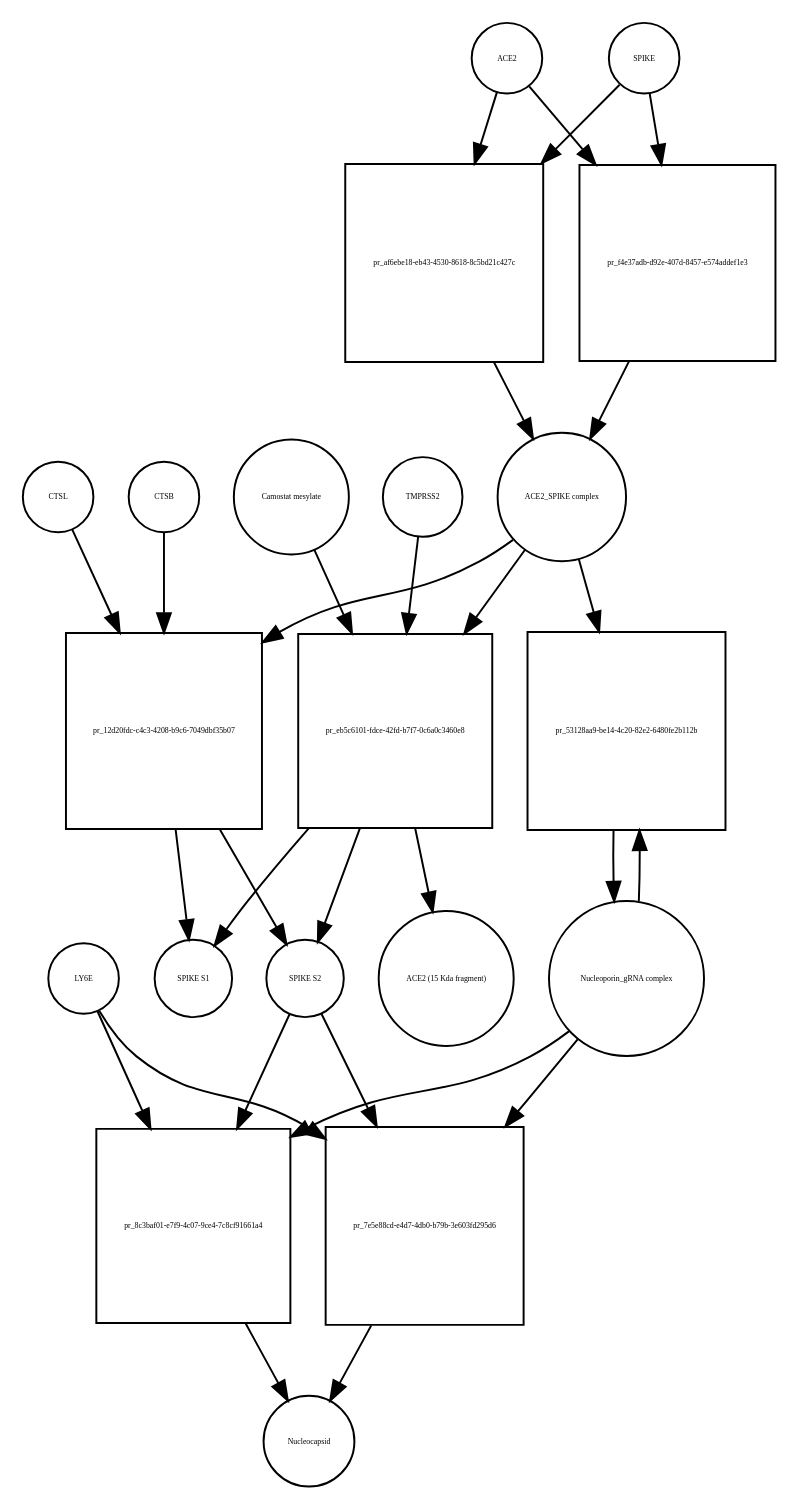
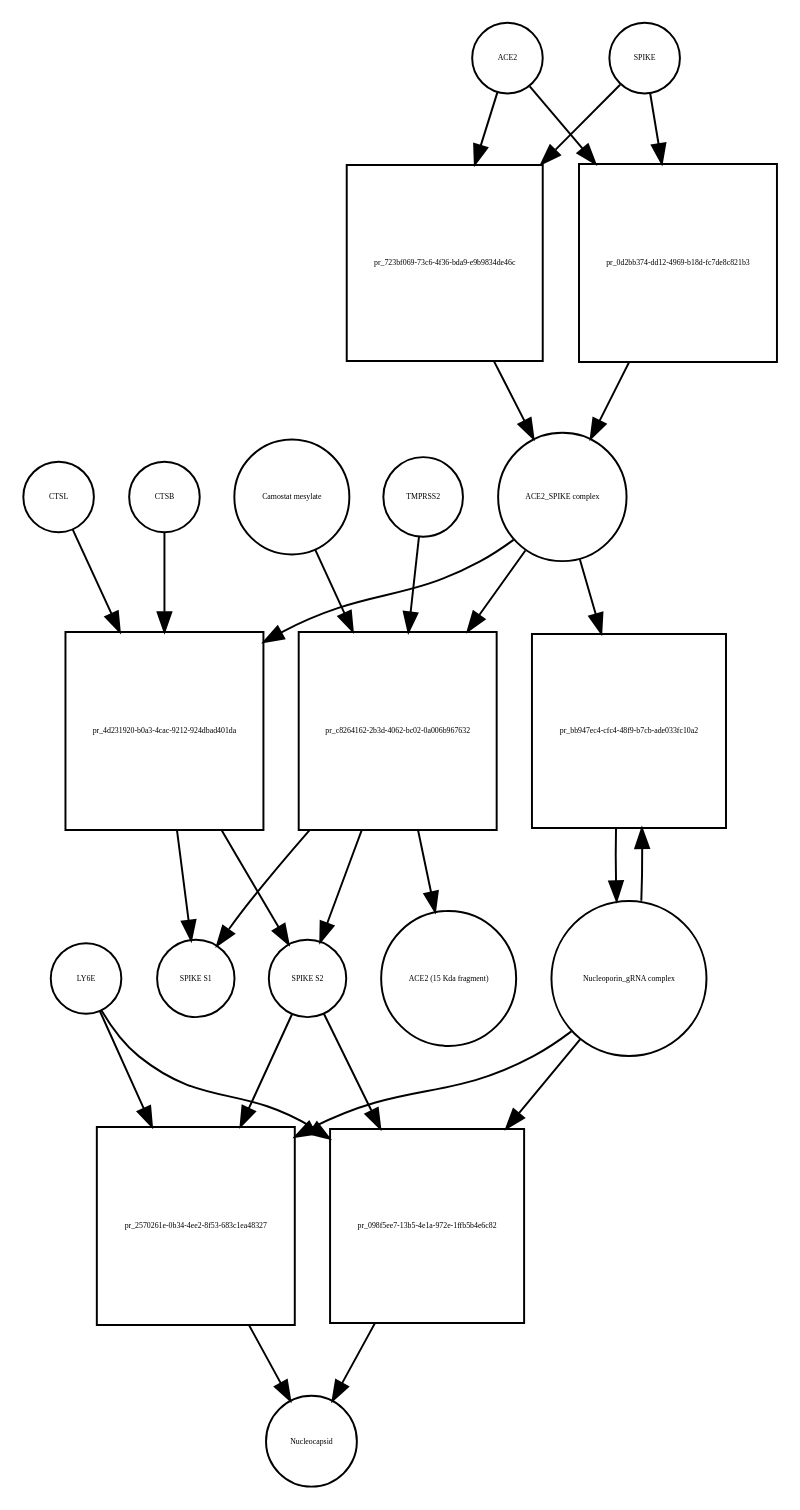
Before and after one commit to cannin/covid19-sbgn: the diagram in Virus_replication_cycle_V01.xml_bipartite.dot, drawn with Graphviz. The commit also changed 572 other files, not shown here.

```diff
--- a/Virus_replication_cycle_V01.xml_bipartite.dot
+++ b/Virus_replication_cycle_V01.xml_bipartite.dot
@@ -1,50 +1,50 @@
 strict digraph  {
 ACE2 [annotation="", bipartite=0, cls=macromolecule, fontsize=4, label=ACE2, shape=circle];
-"pr_af6ebe18-eb43-4530-8618-8c5bd21c427c" [annotation="", bipartite=1, cls=process, fontsize=4, label="pr_af6ebe18-eb43-4530-8618-8c5bd21c427c", shape=square];
+"pr_723bf069-73c6-4f36-bda9-e9b9834de46c" [annotation="", bipartite=1, cls=process, fontsize=4, label="pr_723bf069-73c6-4f36-bda9-e9b9834de46c", shape=square];
 "ACE2_SPIKE complex" [annotation="", bipartite=0, cls=complex, fontsize=4, label="ACE2_SPIKE complex", shape=circle];
 SPIKE [annotation="", bipartite=0, cls="macromolecule multimer", fontsize=4, label=SPIKE, shape=circle];
 "Nucleoporin_gRNA complex " [annotation="", bipartite=0, cls=complex, fontsize=4, label="Nucleoporin_gRNA complex ", shape=circle];
-"pr_53128aa9-be14-4c20-82e2-6480fe2b112b" [annotation="", bipartite=1, cls=process, fontsize=4, label="pr_53128aa9-be14-4c20-82e2-6480fe2b112b", shape=square];
-"pr_12d20fdc-c4c3-4208-b9c6-7049dbf35b07" [annotation="", bipartite=1, cls=process, fontsize=4, label="pr_12d20fdc-c4c3-4208-b9c6-7049dbf35b07", shape=square];
+"pr_bb947ec4-cfc4-48f9-b7cb-ade033fc10a2" [annotation="", bipartite=1, cls=process, fontsize=4, label="pr_bb947ec4-cfc4-48f9-b7cb-ade033fc10a2", shape=square];
+"pr_4d231920-b0a3-4cac-9212-924dbad401da" [annotation="", bipartite=1, cls=process, fontsize=4, label="pr_4d231920-b0a3-4cac-9212-924dbad401da", shape=square];
 "SPIKE S2" [annotation="", bipartite=0, cls=macromolecule, fontsize=4, label="SPIKE S2", shape=circle];
 CTSB [annotation="", bipartite=0, cls=macromolecule, fontsize=4, label=CTSB, shape=circle];
 CTSL [annotation="", bipartite=0, cls=macromolecule, fontsize=4, label=CTSL, shape=circle];
 "SPIKE S1" [annotation="", bipartite=0, cls=macromolecule, fontsize=4, label="SPIKE S1", shape=circle];
-"pr_8c3baf01-e7f9-4c07-9ce4-7c8cf91661a4" [annotation="", bipartite=1, cls=process, fontsize=4, label="pr_8c3baf01-e7f9-4c07-9ce4-7c8cf91661a4", shape=square];
+"pr_2570261e-0b34-4ee2-8f53-683c1ea48327" [annotation="", bipartite=1, cls=process, fontsize=4, label="pr_2570261e-0b34-4ee2-8f53-683c1ea48327", shape=square];
 Nucleocapsid [annotation="", bipartite=0, cls=complex, fontsize=4, label=Nucleocapsid, shape=circle];
 LY6E [annotation="", bipartite=0, cls=macromolecule, fontsize=4, label=LY6E, shape=circle];
-"pr_eb5c6101-fdce-42fd-b7f7-0c6a0c3460e8" [annotation="", bipartite=1, cls=process, fontsize=4, label="pr_eb5c6101-fdce-42fd-b7f7-0c6a0c3460e8", shape=square];
+"pr_c8264162-2b3d-4062-bc02-0a006b967632" [annotation="", bipartite=1, cls=process, fontsize=4, label="pr_c8264162-2b3d-4062-bc02-0a006b967632", shape=square];
 TMPRSS2 [annotation="", bipartite=0, cls=macromolecule, fontsize=4, label=TMPRSS2, shape=circle];
 "Camostat mesylate" [annotation="urn_miriam_pubchem.compound_2536", bipartite=0, cls="simple chemical", fontsize=4, label="Camostat mesylate", shape=circle];
 "ACE2 (15 Kda fragment)" [annotation="", bipartite=0, cls=macromolecule, fontsize=4, label="ACE2 (15 Kda fragment)", shape=circle];
-"pr_f4e37adb-d92e-407d-8457-e574addef1e3" [annotation="", bipartite=1, cls=process, fontsize=4, label="pr_f4e37adb-d92e-407d-8457-e574addef1e3", shape=square];
-"pr_7e5e88cd-e4d7-4db0-b79b-3e603fd295d6" [annotation="", bipartite=1, cls=process, fontsize=4, label="pr_7e5e88cd-e4d7-4db0-b79b-3e603fd295d6", shape=square];
-ACE2 -> "pr_af6ebe18-eb43-4530-8618-8c5bd21c427c"  [annotation="", interaction_type=consumption];
-ACE2 -> "pr_f4e37adb-d92e-407d-8457-e574addef1e3"  [annotation="", interaction_type=consumption];
-"pr_af6ebe18-eb43-4530-8618-8c5bd21c427c" -> "ACE2_SPIKE complex"  [annotation="", interaction_type=production];
-"ACE2_SPIKE complex" -> "pr_53128aa9-be14-4c20-82e2-6480fe2b112b"  [annotation="urn_miriam_pubmed_32142651|urn_miriam_pubmed_32094589", interaction_type=stimulation];
-"ACE2_SPIKE complex" -> "pr_12d20fdc-c4c3-4208-b9c6-7049dbf35b07"  [annotation="", interaction_type=consumption];
-"ACE2_SPIKE complex" -> "pr_eb5c6101-fdce-42fd-b7f7-0c6a0c3460e8"  [annotation="", interaction_type=consumption];
-SPIKE -> "pr_af6ebe18-eb43-4530-8618-8c5bd21c427c"  [annotation="", interaction_type=consumption];
-SPIKE -> "pr_f4e37adb-d92e-407d-8457-e574addef1e3"  [annotation="", interaction_type=consumption];
-"Nucleoporin_gRNA complex " -> "pr_53128aa9-be14-4c20-82e2-6480fe2b112b"  [annotation="", interaction_type=consumption];
-"Nucleoporin_gRNA complex " -> "pr_8c3baf01-e7f9-4c07-9ce4-7c8cf91661a4"  [annotation="", interaction_type=consumption];
-"Nucleoporin_gRNA complex " -> "pr_7e5e88cd-e4d7-4db0-b79b-3e603fd295d6"  [annotation="", interaction_type=consumption];
-"pr_53128aa9-be14-4c20-82e2-6480fe2b112b" -> "Nucleoporin_gRNA complex "  [annotation="", interaction_type=production];
-"pr_12d20fdc-c4c3-4208-b9c6-7049dbf35b07" -> "SPIKE S2"  [annotation="", interaction_type=production];
-"pr_12d20fdc-c4c3-4208-b9c6-7049dbf35b07" -> "SPIKE S1"  [annotation="", interaction_type=production];
-"SPIKE S2" -> "pr_8c3baf01-e7f9-4c07-9ce4-7c8cf91661a4"  [annotation="urn_miriam_doi_10.1101%2F2020.03.05.979260|urn_miriam_pubmed_32142651|urn_miriam_pubmed_32094589", interaction_type=stimulation];
-"SPIKE S2" -> "pr_7e5e88cd-e4d7-4db0-b79b-3e603fd295d6"  [annotation="urn_miriam_doi_10.1101%2F2020.03.05.979260", interaction_type=stimulation];
-CTSB -> "pr_12d20fdc-c4c3-4208-b9c6-7049dbf35b07"  [annotation=urn_miriam_pubmed_32142651, interaction_type=catalysis];
-CTSL -> "pr_12d20fdc-c4c3-4208-b9c6-7049dbf35b07"  [annotation=urn_miriam_pubmed_32142651, interaction_type=catalysis];
-"pr_8c3baf01-e7f9-4c07-9ce4-7c8cf91661a4" -> Nucleocapsid  [annotation="", interaction_type=production];
-LY6E -> "pr_8c3baf01-e7f9-4c07-9ce4-7c8cf91661a4"  [annotation="urn_miriam_doi_10.1101%2F2020.03.05.979260|urn_miriam_pubmed_32142651|urn_miriam_pubmed_32094589", interaction_type=inhibition];
-LY6E -> "pr_7e5e88cd-e4d7-4db0-b79b-3e603fd295d6"  [annotation="urn_miriam_doi_10.1101%2F2020.03.05.979260", interaction_type=inhibition];
-"pr_eb5c6101-fdce-42fd-b7f7-0c6a0c3460e8" -> "SPIKE S2"  [annotation="", interaction_type=production];
-"pr_eb5c6101-fdce-42fd-b7f7-0c6a0c3460e8" -> "SPIKE S1"  [annotation="", interaction_type=production];
-"pr_eb5c6101-fdce-42fd-b7f7-0c6a0c3460e8" -> "ACE2 (15 Kda fragment)"  [annotation="", interaction_type=production];
-TMPRSS2 -> "pr_eb5c6101-fdce-42fd-b7f7-0c6a0c3460e8"  [annotation="urn_miriam_pubmed_32142651|urn_miriam_pubmed_32094589|urn_miriam_pubmed_24227843", interaction_type=catalysis];
-"Camostat mesylate" -> "pr_eb5c6101-fdce-42fd-b7f7-0c6a0c3460e8"  [annotation="urn_miriam_pubmed_32142651|urn_miriam_pubmed_32094589|urn_miriam_pubmed_24227843", interaction_type=inhibition];
-"pr_f4e37adb-d92e-407d-8457-e574addef1e3" -> "ACE2_SPIKE complex"  [annotation="", interaction_type=production];
-"pr_7e5e88cd-e4d7-4db0-b79b-3e603fd295d6" -> Nucleocapsid  [annotation="", interaction_type=production];
+"pr_0d2bb374-dd12-4969-b18d-fc7de8c821b3" [annotation="", bipartite=1, cls=process, fontsize=4, label="pr_0d2bb374-dd12-4969-b18d-fc7de8c821b3", shape=square];
+"pr_098f5ee7-13b5-4e1a-972e-1ffb5b4e6c82" [annotation="", bipartite=1, cls=process, fontsize=4, label="pr_098f5ee7-13b5-4e1a-972e-1ffb5b4e6c82", shape=square];
+ACE2 -> "pr_723bf069-73c6-4f36-bda9-e9b9834de46c"  [annotation="", interaction_type=consumption];
+ACE2 -> "pr_0d2bb374-dd12-4969-b18d-fc7de8c821b3"  [annotation="", interaction_type=consumption];
+"pr_723bf069-73c6-4f36-bda9-e9b9834de46c" -> "ACE2_SPIKE complex"  [annotation="", interaction_type=production];
+"ACE2_SPIKE complex" -> "pr_bb947ec4-cfc4-48f9-b7cb-ade033fc10a2"  [annotation="urn_miriam_pubmed_32142651|urn_miriam_pubmed_32094589", interaction_type=stimulation];
+"ACE2_SPIKE complex" -> "pr_4d231920-b0a3-4cac-9212-924dbad401da"  [annotation="", interaction_type=consumption];
+"ACE2_SPIKE complex" -> "pr_c8264162-2b3d-4062-bc02-0a006b967632"  [annotation="", interaction_type=consumption];
+SPIKE -> "pr_723bf069-73c6-4f36-bda9-e9b9834de46c"  [annotation="", interaction_type=consumption];
+SPIKE -> "pr_0d2bb374-dd12-4969-b18d-fc7de8c821b3"  [annotation="", interaction_type=consumption];
+"Nucleoporin_gRNA complex " -> "pr_bb947ec4-cfc4-48f9-b7cb-ade033fc10a2"  [annotation="", interaction_type=consumption];
+"Nucleoporin_gRNA complex " -> "pr_2570261e-0b34-4ee2-8f53-683c1ea48327"  [annotation="", interaction_type=consumption];
+"Nucleoporin_gRNA complex " -> "pr_098f5ee7-13b5-4e1a-972e-1ffb5b4e6c82"  [annotation="", interaction_type=consumption];
+"pr_bb947ec4-cfc4-48f9-b7cb-ade033fc10a2" -> "Nucleoporin_gRNA complex "  [annotation="", interaction_type=production];
+"pr_4d231920-b0a3-4cac-9212-924dbad401da" -> "SPIKE S2"  [annotation="", interaction_type=production];
+"pr_4d231920-b0a3-4cac-9212-924dbad401da" -> "SPIKE S1"  [annotation="", interaction_type=production];
+"SPIKE S2" -> "pr_2570261e-0b34-4ee2-8f53-683c1ea48327"  [annotation="urn_miriam_doi_10.1101%2F2020.03.05.979260|urn_miriam_pubmed_32142651|urn_miriam_pubmed_32094589", interaction_type=stimulation];
+"SPIKE S2" -> "pr_098f5ee7-13b5-4e1a-972e-1ffb5b4e6c82"  [annotation="urn_miriam_doi_10.1101%2F2020.03.05.979260", interaction_type=stimulation];
+CTSB -> "pr_4d231920-b0a3-4cac-9212-924dbad401da"  [annotation=urn_miriam_pubmed_32142651, interaction_type=catalysis];
+CTSL -> "pr_4d231920-b0a3-4cac-9212-924dbad401da"  [annotation=urn_miriam_pubmed_32142651, interaction_type=catalysis];
+"pr_2570261e-0b34-4ee2-8f53-683c1ea48327" -> Nucleocapsid  [annotation="", interaction_type=production];
+LY6E -> "pr_2570261e-0b34-4ee2-8f53-683c1ea48327"  [annotation="urn_miriam_doi_10.1101%2F2020.03.05.979260|urn_miriam_pubmed_32142651|urn_miriam_pubmed_32094589", interaction_type=inhibition];
+LY6E -> "pr_098f5ee7-13b5-4e1a-972e-1ffb5b4e6c82"  [annotation="urn_miriam_doi_10.1101%2F2020.03.05.979260", interaction_type=inhibition];
+"pr_c8264162-2b3d-4062-bc02-0a006b967632" -> "SPIKE S2"  [annotation="", interaction_type=production];
+"pr_c8264162-2b3d-4062-bc02-0a006b967632" -> "SPIKE S1"  [annotation="", interaction_type=production];
+"pr_c8264162-2b3d-4062-bc02-0a006b967632" -> "ACE2 (15 Kda fragment)"  [annotation="", interaction_type=production];
+TMPRSS2 -> "pr_c8264162-2b3d-4062-bc02-0a006b967632"  [annotation="urn_miriam_pubmed_32142651|urn_miriam_pubmed_32094589|urn_miriam_pubmed_24227843", interaction_type=catalysis];
+"Camostat mesylate" -> "pr_c8264162-2b3d-4062-bc02-0a006b967632"  [annotation="urn_miriam_pubmed_32142651|urn_miriam_pubmed_32094589|urn_miriam_pubmed_24227843", interaction_type=inhibition];
+"pr_0d2bb374-dd12-4969-b18d-fc7de8c821b3" -> "ACE2_SPIKE complex"  [annotation="", interaction_type=production];
+"pr_098f5ee7-13b5-4e1a-972e-1ffb5b4e6c82" -> Nucleocapsid  [annotation="", interaction_type=production];
 }
```
